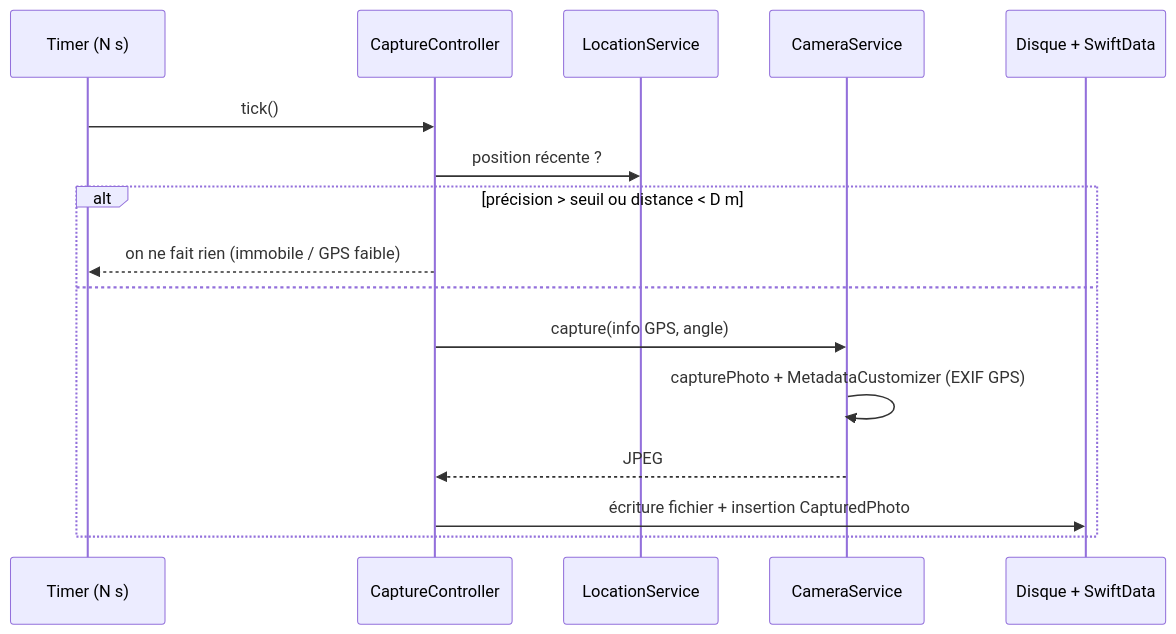
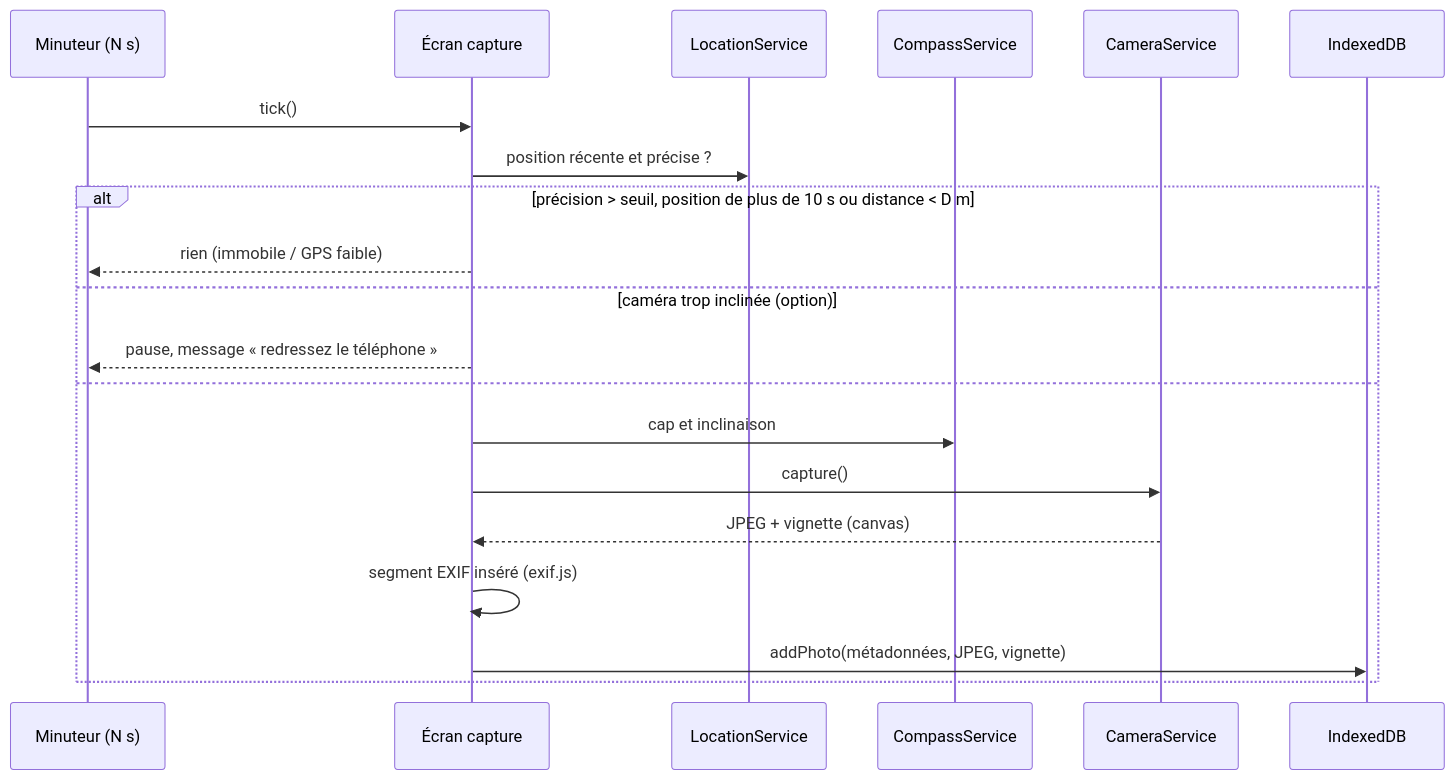
The third of 4 diagrams in docs/ARCHITECTURE.md (blamouche/arpent), drawn with Mermaid before and after one commit. The commit also changed other lines of this file and 25 other files, not shown here.

````diff
--- a/docs/ARCHITECTURE.md
+++ b/docs/ARCHITECTURE.md
@@ -114,18 +110,22 @@
 ```mermaid
 sequenceDiagram
-    participant T as Timer (N s)
-    participant CC as CaptureController
+    participant T as Minuteur (N s)
+    participant CAP as Écran capture
     participant LOC as LocationService
+    participant CMP as CompassService
     participant CAM as CameraService
-    participant FS as Disque + SwiftData
-    T->>CC: tick()
-    CC->>LOC: position récente ?
-    alt précision > seuil ou distance < D m
-        CC-->>T: on ne fait rien (immobile / GPS faible)
+    participant DB as IndexedDB
+    T->>CAP: tick()
+    CAP->>LOC: position récente et précise ?
+    alt précision > seuil, position de plus de 10 s ou distance < D m
+        CAP-->>T: rien (immobile / GPS faible)
+    else caméra trop inclinée (option)
+        CAP-->>T: pause, message « redressez le téléphone »
     else
-        CC->>CAM: capture(info GPS, angle)
-        CAM->>CAM: capturePhoto + MetadataCustomizer (EXIF GPS)
-        CAM-->>CC: JPEG
-        CC->>FS: écriture fichier + insertion CapturedPhoto
+        CAP->>CMP: cap et inclinaison
+        CAP->>CAM: capture()
+        CAM-->>CAP: JPEG + vignette (canvas)
+        CAP->>CAP: segment EXIF inséré (exif.js)
+        CAP->>DB: addPhoto(métadonnées, JPEG, vignette)
     end
 ```
````
